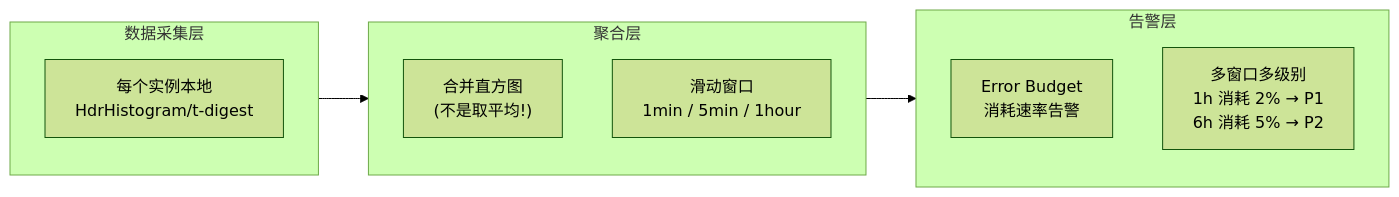
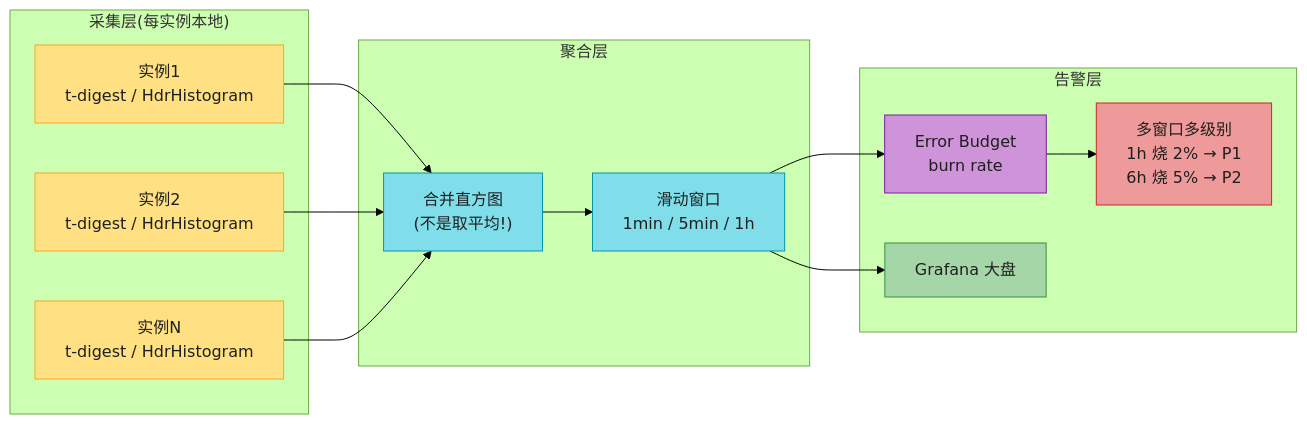
Before and after one commit to socoo123/ddia_2nd: diagram 17 of 18 in ch02-定义非功能性需求.md, drawn with Mermaid (forest theme). The commit also changed other lines of this file and 8 other files, not shown here.

First line of the commit message:
重写 ch01-ch09 读书笔记：风格统一 + 内容扩充 + 大量图表

````diff
--- a/ch02-定义非功能性需求.md
+++ b/ch02-定义非功能性需求.md
@@ -755,18 +992,34 @@
 ```mermaid
-graph LR
-    subgraph Collection["数据采集层"]
-        AGENT["每个实例本地<br/>HdrHistogram/t-digest"]
+flowchart LR
+    subgraph COLLECT["采集层(每实例本地)"]
+        INST1["实例1<br/>t-digest / HdrHistogram"]
+        INST2["实例2<br/>t-digest / HdrHistogram"]
+        INST3["实例N<br/>t-digest / HdrHistogram"]
     end
 
-    subgraph Aggregation["聚合层"]
-        AGG["合并直方图<br/>(不是取平均!)"]
-        WINDOW["滑动窗口<br/>1min / 5min / 1hour"]
+    subgraph AGG["聚合层"]
+        MERGE["合并直方图<br/>(不是取平均!)"]
+        WIN["滑动窗口<br/>1min / 5min / 1h"]
     end
 
-    subgraph Alert["告警层"]
-        BUDGET["Error Budget<br/>消耗速率告警"]
-        MULTI["多窗口多级别<br/>1h 消耗 2% → P1<br/>6h 消耗 5% → P2"]
+    subgraph ALERT["告警层"]
+        EB["Error Budget<br/>burn rate"]
+        MULTI["多窗口多级别<br/>1h 烧 2% → P1<br/>6h 烧 5% → P2"]
+        DASH["Grafana 大盘"]
     end
 
-    Collection --> Aggregation --> Alert
+    INST1 --> MERGE
+    INST2 --> MERGE
+    INST3 --> MERGE
+    MERGE --> WIN --> EB --> MULTI
+    WIN --> DASH
+
+    style INST1 fill:#FFE082,stroke:#F9A825,color:#1f1f1f
+    style INST2 fill:#FFE082,stroke:#F9A825,color:#1f1f1f
+    style INST3 fill:#FFE082,stroke:#F9A825,color:#1f1f1f
+    style MERGE fill:#80DEEA,stroke:#0097A7,color:#1f1f1f
+    style WIN fill:#80DEEA,stroke:#0097A7,color:#1f1f1f
+    style EB fill:#CE93D8,stroke:#7B1FA2,color:#1f1f1f
+    style MULTI fill:#EF9A9A,stroke:#C62828,color:#1f1f1f
+    style DASH fill:#A5D6A7,stroke:#388E3C,color:#1f1f1f
 ```
````
